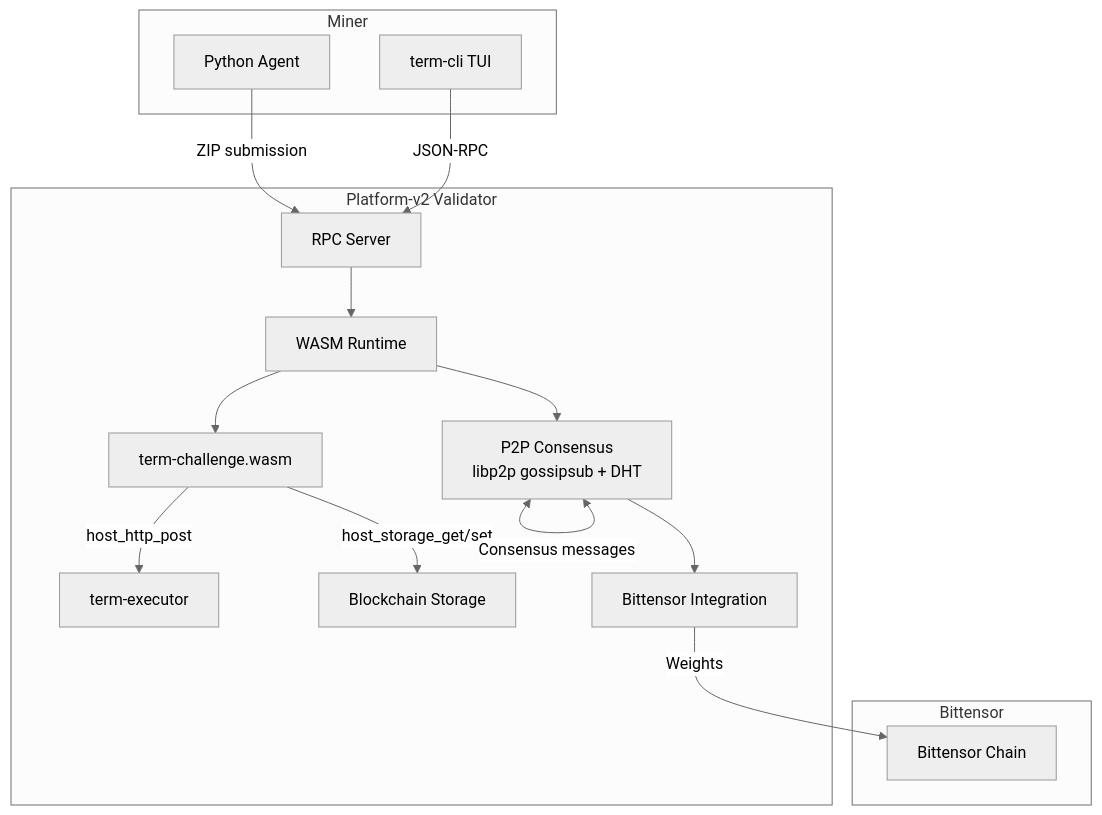
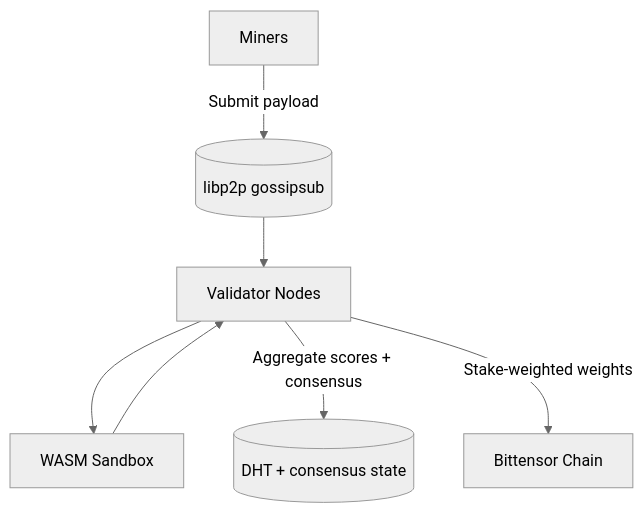
The third of 4 diagrams in docs/architecture.md (PlatformNetwork/term-challenge-v2), drawn with Mermaid (neutral theme) before and after one commit. The commit also changed other lines of this file and 208 other files, not shown here.

First line of the commit message:
feat: WASM-only architecture with sudo challenge management and P2P distribution

````diff
--- a/docs/architecture.md
+++ b/docs/architecture.md
@@ -9,32 +52,9 @@
 ```mermaid
-flowchart TB
-    subgraph Miner
-        Agent[Python Agent]
-        CLI[term-cli TUI]
-    end
-
-    subgraph Platform-v2 Validator
-        RPC[RPC Server]
-        P2P[P2P Consensus<br/>libp2p gossipsub + DHT]
-        WR[WASM Runtime]
-        WASM[term-challenge.wasm]
-        Exec[term-executor]
-        BT[Bittensor Integration]
-        Store[Blockchain Storage]
-    end
-
-    subgraph Bittensor
-        Chain[Bittensor Chain]
-    end
-
-    Agent -->|ZIP submission| RPC
-    CLI -->|JSON-RPC| RPC
-    RPC --> WR
-    WR --> WASM
-    WASM -->|host_storage_get/set| Store
-    WASM -->|host_http_post| Exec
-    P2P <-->|Consensus messages| P2P
-    WR --> P2P
-    BT -->|Weights| Chain
-    P2P --> BT
+flowchart TD
+    Miner[Miners] -->|Submit payload| P2P[(libp2p gossipsub)]
+    P2P --> Validators[Validator Nodes]
+    Validators --> Runtime[WASM Sandbox]
+    Runtime --> Validators
+    Validators -->|Aggregate scores + consensus| DHT[(DHT + consensus state)]
+    Validators -->|Stake-weighted weights| Bittensor[Bittensor Chain]
 ```
````
